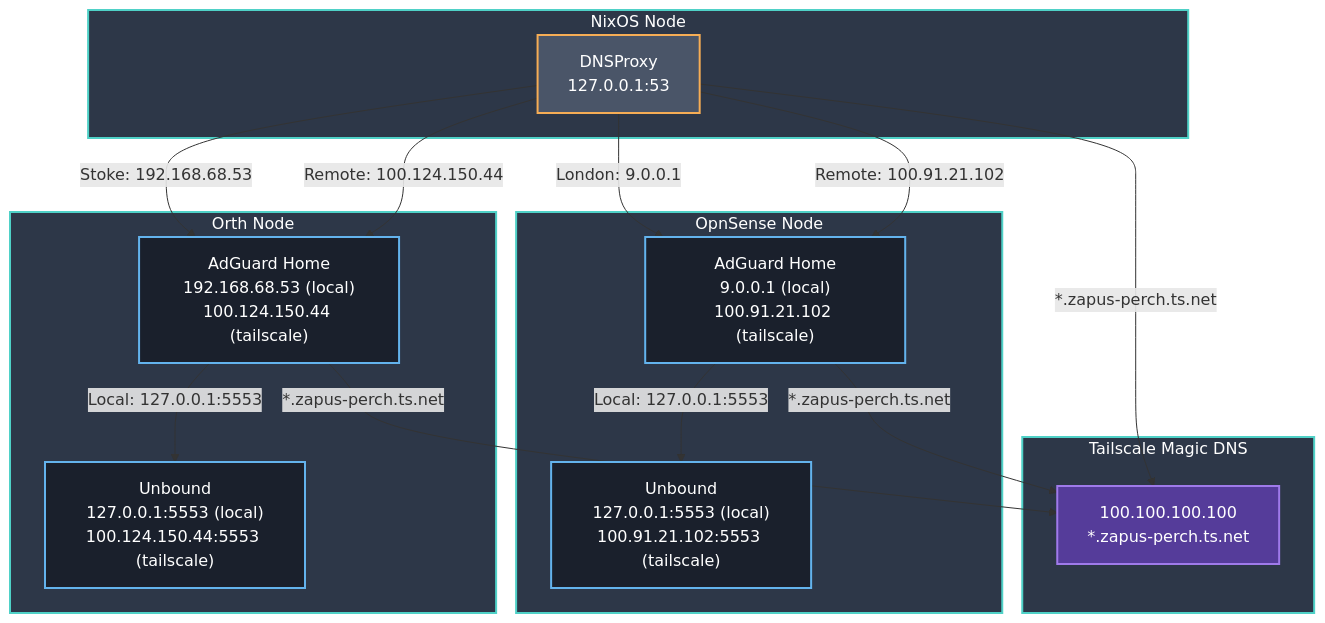
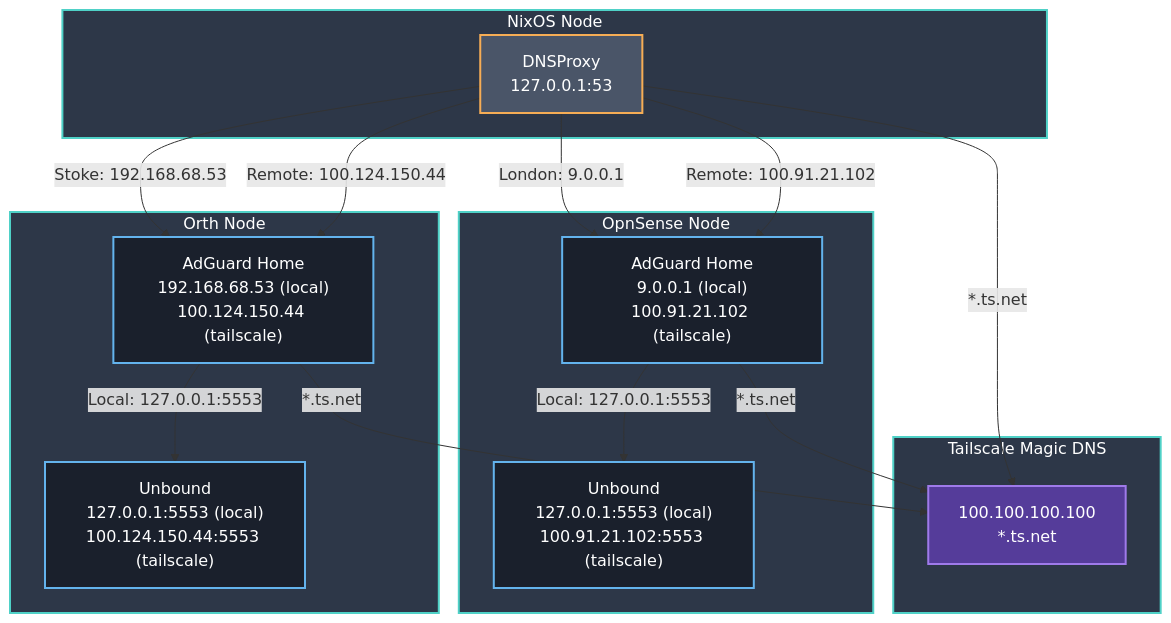
Before and after one commit to atropos112/nixos: the first of 3 diagrams in profiles/networking/dns/README.md, drawn with Mermaid. The commit also changed other lines of this file and 4 other files, not shown here.

Commit message:
dnsproxy and adguard look at ts.net otherwise noothing

````diff
--- a/profiles/networking/dns/README.md
+++ b/profiles/networking/dns/README.md
@@ -21,46 +21,46 @@
 ```mermaid
 graph TB
     subgraph NixOS["NixOS Node"]
         DNSProxy["DNSProxy<br/>127.0.0.1:53"]
     end
 
     subgraph OpnSense["OpnSense Node"]
         AGH1["AdGuard Home<br/>9.0.0.1 (local)<br/>100.91.21.102 (tailscale)"]
         UB1["Unbound<br/>127.0.0.1:5553 (local)<br/>100.91.21.102:5553 (tailscale)"]
     end
 
     subgraph Orth["Orth Node"]
         AGH2["AdGuard Home<br/>192.168.68.53 (local)<br/>100.124.150.44 (tailscale)"]
         UB2["Unbound<br/>127.0.0.1:5553 (local)<br/>100.124.150.44:5553 (tailscale)"]
     end
 
     subgraph Tailscale["Tailscale Magic DNS"]
-        MagicDNS["100.100.100.100<br/>*.zapus-perch.ts.net"]
+        MagicDNS["100.100.100.100<br/>*.ts.net"]
     end
 
     %% DNSProxy upstream connections based on location
     DNSProxy -->|"Stoke: 192.168.68.53"| AGH2
     DNSProxy -->|"London: 9.0.0.1"| AGH1
     DNSProxy -->|"Remote: 100.91.21.102"| AGH1
     DNSProxy -->|"Remote: 100.124.150.44"| AGH2
-    DNSProxy -->|"*.zapus-perch.ts.net"| MagicDNS
+    DNSProxy -->|"*.ts.net"| MagicDNS
 
     %% OpnSense AdGuard Home to Unbound connections
     AGH1 -->|"Local: 127.0.0.1:5553"| UB1
-    AGH1 -->|"*.zapus-perch.ts.net"| MagicDNS
+    AGH1 -->|"*.ts.net"| MagicDNS
 
     %% Orth AdGuard Home to Unbound connections
     AGH2 -->|"Local: 127.0.0.1:5553"| UB2
-    AGH2 -->|"*.zapus-perch.ts.net"| MagicDNS
+    AGH2 -->|"*.ts.net"| MagicDNS
 
     %% Styling
     classDef nodeBox fill:#2d3748,stroke:#4fd1c7,stroke-width:2px,color:#ffffff
     classDef serviceBox fill:#1a202c,stroke:#63b3ed,stroke-width:2px,color:#ffffff
     classDef dnsProxy fill:#4a5568,stroke:#f6ad55,stroke-width:2px,color:#ffffff
     classDef magicDNS fill:#553c9a,stroke:#9f7aea,stroke-width:2px,color:#ffffff
 
     class NixOS,OpnSense,Orth,Tailscale nodeBox
     class AGH1,AGH2,UB1,UB2 serviceBox
     class DNSProxy dnsProxy
     class MagicDNS magicDNS
 ```
````
